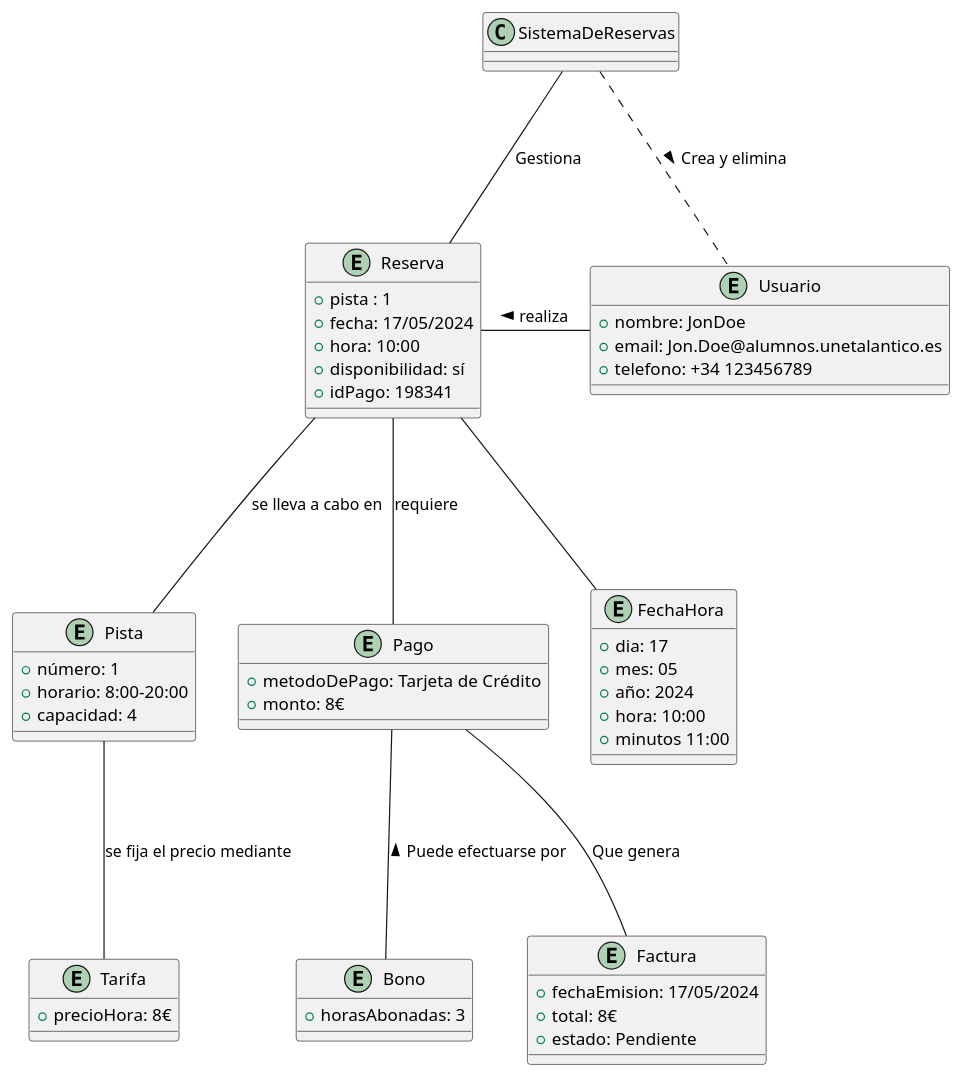
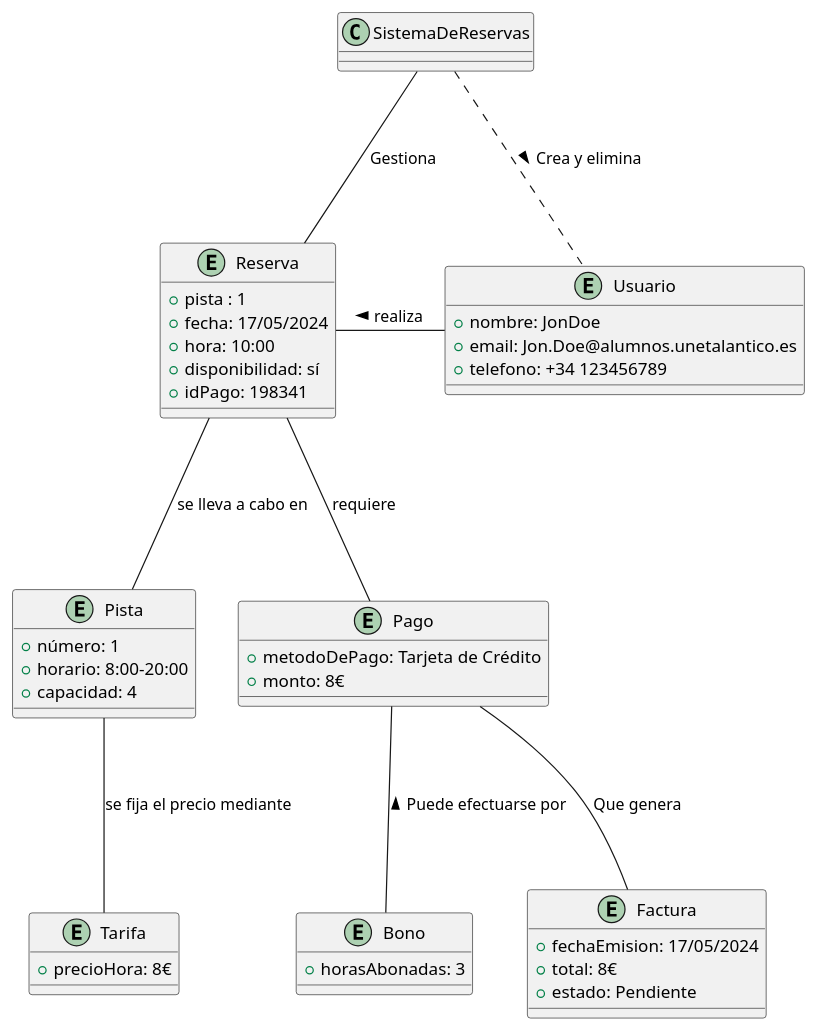
Before and after one commit to pablarce/23-24-IdSw1-SDR: the diagram in ModeloDeDominio/DiagramaDeObjetos.puml, drawn with PlantUML. The commit also changed 3 other files, not shown here.

```diff
--- a/ModeloDeDominio/DiagramaDeObjetos.puml
+++ b/ModeloDeDominio/DiagramaDeObjetos.puml
@@ -1,54 +1,47 @@
 @startuml
 
 entity Reserva {
   + pista : 1
   + fecha: 17/05/2024
   + hora: 10:00
   + disponibilidad: sí
   + idPago: 198341
 }
 entity Usuario {
   + nombre: JonDoe
   + email: Jon.Doe@alumnos.unetalantico.es
   + telefono: +34 123456789
 }
 entity Pista {
   + número: 1 
   + horario: 8:00-20:00
   + capacidad: 4
 }
 entity Pago {
   + metodoDePago: Tarjeta de Crédito
   + monto: 8€
 }
 entity Bono {
   + horasAbonadas: 3
 }
 entity Factura {
   + fechaEmision: 17/05/2024 
   + total: 8€
   + estado: Pendiente
 }
 entity Tarifa {
   + precioHora: 8€
 }
-entity FechaHora {
-  + dia: 17
-  + mes: 05
-  + año: 2024
-  + hora: 10:00
-  + minutos 11:00
-}
+
 
 SistemaDeReservas .. Usuario :> Crea y elimina
 SistemaDeReservas --- Reserva : Gestiona
 Usuario --left- Reserva:> realiza
 Reserva --- Pago: requiere
 Reserva --- Pista: se lleva a cabo en
 Pista --- Tarifa: se fija el precio mediante
-Reserva --- FechaHora
 
 Pago --- Factura: Que genera 
 Pago --- Bono : < Puede efectuarse por
 
 @enduml
```
